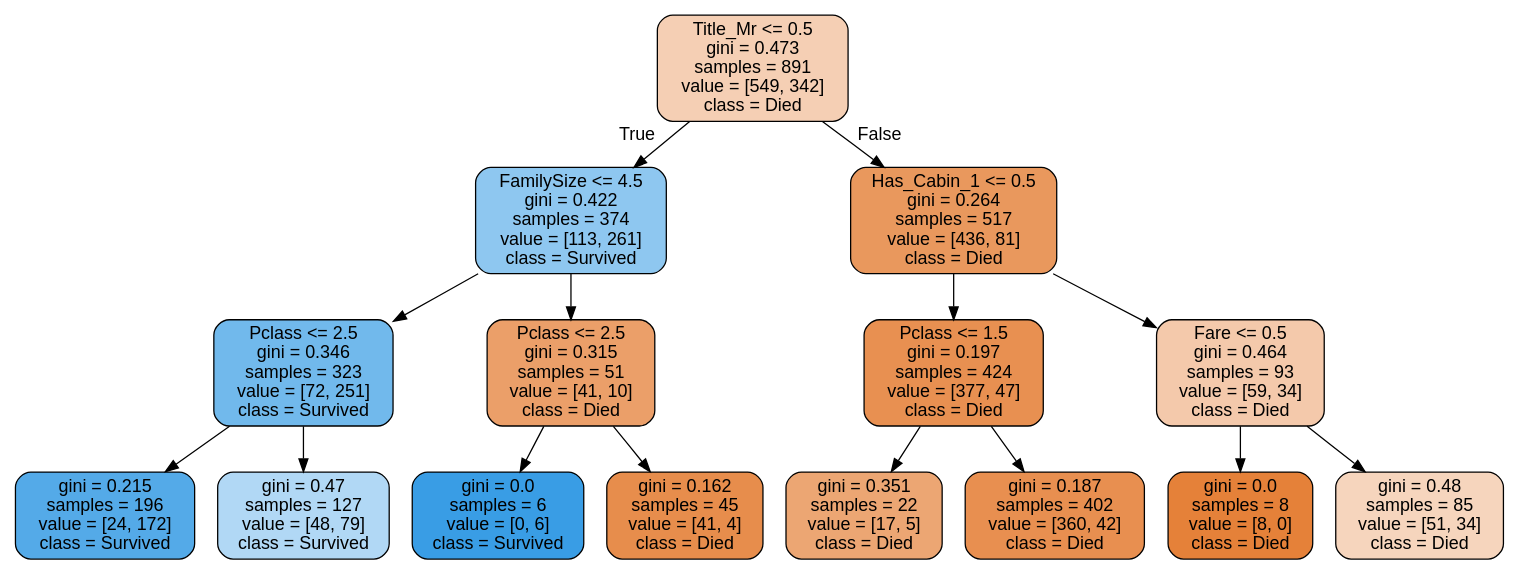
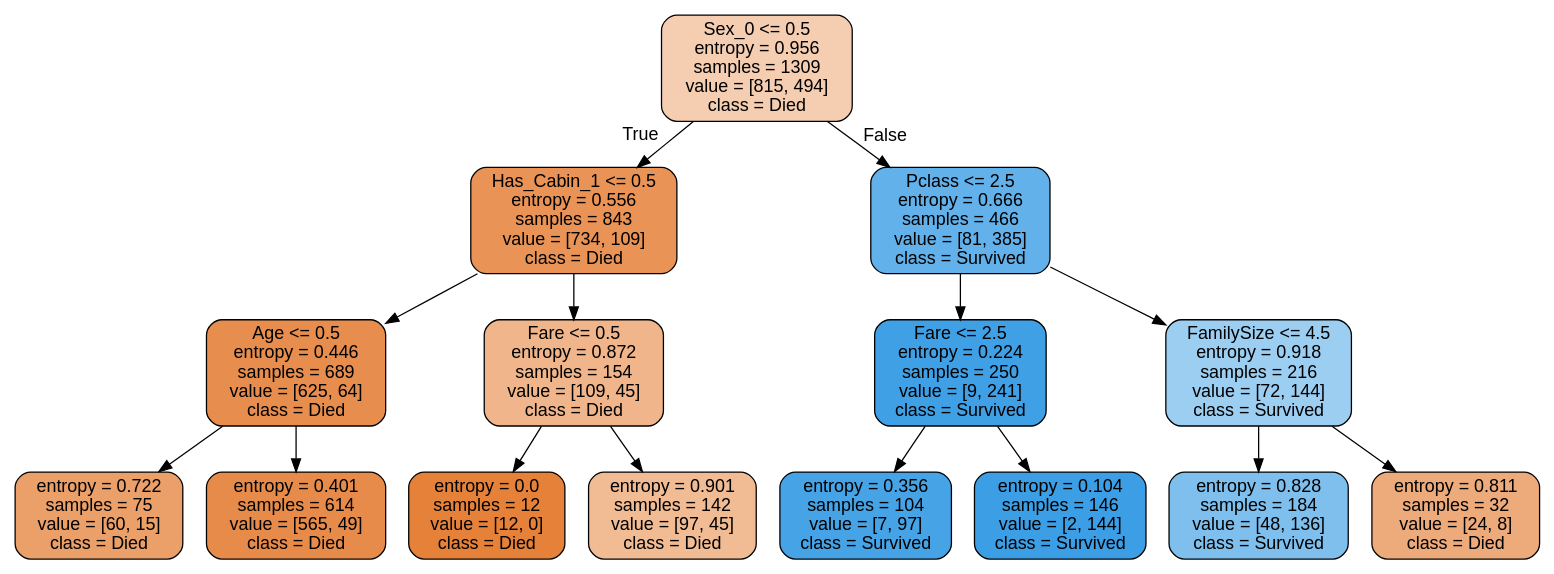
Before and after one commit to BijayaLaxmiSenapati/Machine-Learning: the diagram in tree1.dot, drawn with Graphviz. The commit also changed 6 other files, not shown here.

```diff
--- a/tree1.dot
+++ b/tree1.dot
@@ -1,33 +1,33 @@
 digraph Tree {
 node [shape=box, style="filled, rounded", color="black", fontname=helvetica] ;
 edge [fontname=helvetica] ;
-0 [label="Title_Mr <= 0.5\ngini = 0.473\nsamples = 891\nvalue = [549, 342]\nclass = Died", fillcolor="#e5813960"] ;
-1 [label="FamilySize <= 4.5\ngini = 0.422\nsamples = 374\nvalue = [113, 261]\nclass = Survived", fillcolor="#399de591"] ;
+0 [label="Sex_0 <= 0.5\nentropy = 0.956\nsamples = 1309\nvalue = [815, 494]\nclass = Died", fillcolor="#e5813964"] ;
+1 [label="Has_Cabin_1 <= 0.5\nentropy = 0.556\nsamples = 843\nvalue = [734, 109]\nclass = Died", fillcolor="#e58139d9"] ;
 0 -> 1 [labeldistance=2.5, labelangle=45, headlabel="True"] ;
-2 [label="Pclass <= 2.5\ngini = 0.346\nsamples = 323\nvalue = [72, 251]\nclass = Survived", fillcolor="#399de5b6"] ;
+2 [label="Age <= 0.5\nentropy = 0.446\nsamples = 689\nvalue = [625, 64]\nclass = Died", fillcolor="#e58139e5"] ;
 1 -> 2 ;
-3 [label="gini = 0.215\nsamples = 196\nvalue = [24, 172]\nclass = Survived", fillcolor="#399de5db"] ;
+3 [label="entropy = 0.722\nsamples = 75\nvalue = [60, 15]\nclass = Died", fillcolor="#e58139bf"] ;
 2 -> 3 ;
-4 [label="gini = 0.47\nsamples = 127\nvalue = [48, 79]\nclass = Survived", fillcolor="#399de564"] ;
+4 [label="entropy = 0.401\nsamples = 614\nvalue = [565, 49]\nclass = Died", fillcolor="#e58139e9"] ;
 2 -> 4 ;
-5 [label="Pclass <= 2.5\ngini = 0.315\nsamples = 51\nvalue = [41, 10]\nclass = Died", fillcolor="#e58139c1"] ;
+5 [label="Fare <= 0.5\nentropy = 0.872\nsamples = 154\nvalue = [109, 45]\nclass = Died", fillcolor="#e5813996"] ;
 1 -> 5 ;
-6 [label="gini = 0.0\nsamples = 6\nvalue = [0, 6]\nclass = Survived", fillcolor="#399de5ff"] ;
+6 [label="entropy = 0.0\nsamples = 12\nvalue = [12, 0]\nclass = Died", fillcolor="#e58139ff"] ;
 5 -> 6 ;
-7 [label="gini = 0.162\nsamples = 45\nvalue = [41, 4]\nclass = Died", fillcolor="#e58139e6"] ;
+7 [label="entropy = 0.901\nsamples = 142\nvalue = [97, 45]\nclass = Died", fillcolor="#e5813989"] ;
 5 -> 7 ;
-8 [label="Has_Cabin_1 <= 0.5\ngini = 0.264\nsamples = 517\nvalue = [436, 81]\nclass = Died", fillcolor="#e58139d0"] ;
+8 [label="Pclass <= 2.5\nentropy = 0.666\nsamples = 466\nvalue = [81, 385]\nclass = Survived", fillcolor="#399de5c9"] ;
 0 -> 8 [labeldistance=2.5, labelangle=-45, headlabel="False"] ;
-9 [label="Pclass <= 1.5\ngini = 0.197\nsamples = 424\nvalue = [377, 47]\nclass = Died", fillcolor="#e58139df"] ;
+9 [label="Fare <= 2.5\nentropy = 0.224\nsamples = 250\nvalue = [9, 241]\nclass = Survived", fillcolor="#399de5f5"] ;
 8 -> 9 ;
-10 [label="gini = 0.351\nsamples = 22\nvalue = [17, 5]\nclass = Died", fillcolor="#e58139b4"] ;
+10 [label="entropy = 0.356\nsamples = 104\nvalue = [7, 97]\nclass = Survived", fillcolor="#399de5ed"] ;
 9 -> 10 ;
-11 [label="gini = 0.187\nsamples = 402\nvalue = [360, 42]\nclass = Died", fillcolor="#e58139e1"] ;
+11 [label="entropy = 0.104\nsamples = 146\nvalue = [2, 144]\nclass = Survived", fillcolor="#399de5fb"] ;
 9 -> 11 ;
-12 [label="Fare <= 0.5\ngini = 0.464\nsamples = 93\nvalue = [59, 34]\nclass = Died", fillcolor="#e581396c"] ;
+12 [label="FamilySize <= 4.5\nentropy = 0.918\nsamples = 216\nvalue = [72, 144]\nclass = Survived", fillcolor="#399de57f"] ;
 8 -> 12 ;
-13 [label="gini = 0.0\nsamples = 8\nvalue = [8, 0]\nclass = Died", fillcolor="#e58139ff"] ;
+13 [label="entropy = 0.828\nsamples = 184\nvalue = [48, 136]\nclass = Survived", fillcolor="#399de5a5"] ;
 12 -> 13 ;
-14 [label="gini = 0.48\nsamples = 85\nvalue = [51, 34]\nclass = Died", fillcolor="#e5813955"] ;
+14 [label="entropy = 0.811\nsamples = 32\nvalue = [24, 8]\nclass = Died", fillcolor="#e58139aa"] ;
 12 -> 14 ;
 }
```
